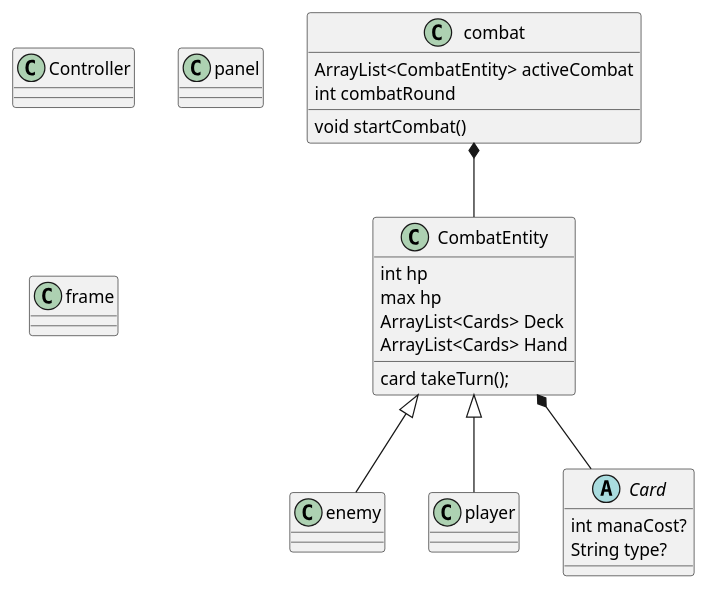
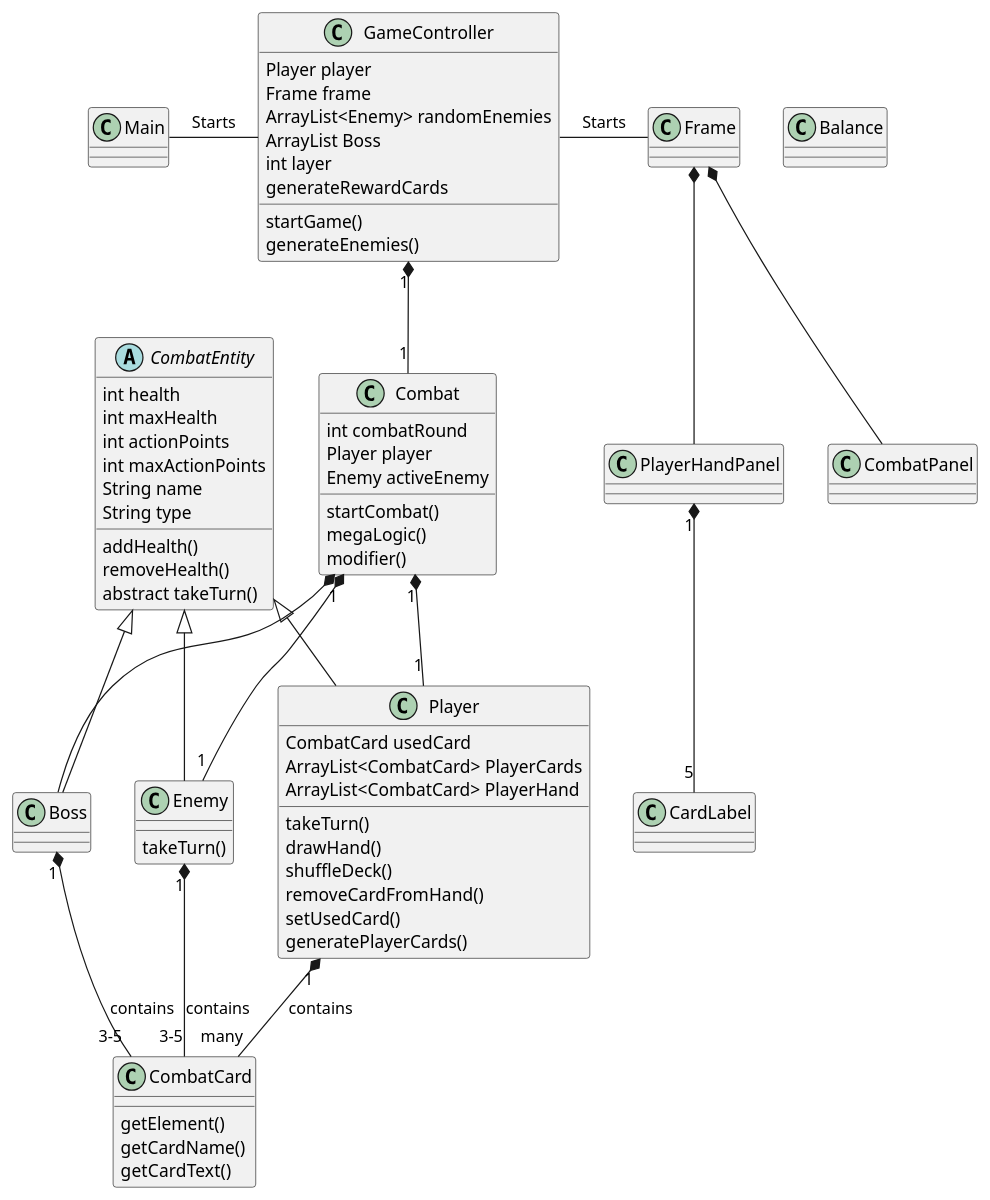
One commit to Mads725/SP4test-UML changed the diagram in src/ClassDiagram-v1.puml. Above: the diagram before and after it, drawn with PlantUML. The commit also changed 11 other files, not shown here.

Commit message:
Small fixes and elementType added

```diff
--- a/src/ClassDiagram-v1.puml
+++ b/src/ClassDiagram-v1.puml
@@ -1,54 +1,82 @@
 @startuml
 'https://plantuml.com/class-diagram
 
-class Controller
-class enemy
-class player
-class panel
-class frame
-class combat{
-ArrayList<CombatEntity> activeCombat
+class Main
+class GameController {
+Player player
+Frame frame
+ArrayList<Enemy> randomEnemies
+ArrayList Boss
+int layer
+startGame()
+generateEnemies()
+generateRewardCards
+}
+
+class Combat {
 int combatRound
+Player player
+Enemy activeEnemy
 
-void startCombat()
+startCombat()
+megaLogic()
+modifier()
+}
+abstract class CombatEntity {
+int health
+int maxHealth
+int actionPoints
+int maxActionPoints
+String name
+String type
+addHealth()
+removeHealth()
+abstract takeTurn()
+}
+class Player {
+CombatCard usedCard
+ArrayList<CombatCard> PlayerCards
+ArrayList<CombatCard> PlayerHand
+takeTurn()
+drawHand()
+shuffleDeck()
+removeCardFromHand()
+setUsedCard()
+generatePlayerCards()
+}
+class Enemy{
+takeTurn()
+}
+class Boss
+class CombatCard {
+getElement()
+getCardName()
+getCardText()
+}
+class Balance
+
+class Frame
+class CardLabel
+class CombatPanel
+class PlayerHandPanel
+
+Main - GameController : Starts
+GameController "1" *-- "1"Combat
+Combat "1" *-- "1" Player
+Combat "1" *-- "1" Enemy
+Combat *-- Boss
+CombatEntity <|-- Player
+CombatEntity <|-- Enemy
+CombatEntity <|-- Boss
+Player "1" *-- "many" CombatCard : contains
+Enemy "1" *-- "3-5" CombatCard : contains
+Boss "1" *-- "3-5" CombatCard : contains
 
 
-}
-
-combat *-- CombatEntity
-
-class CombatEntity {
-int hp
-max hp
-ArrayList<Cards> Deck
-ArrayList<Cards> Hand
-
-card takeTurn();
-
-
-}
-
-
-CombatEntity<|--enemy
-CombatEntity<|--player
-CombatEntity*--Card
-
-
-
-
-abstract class Card{
-int manaCost?
-String type?
-
-
-
-
-}
-
-
-
-
-
+GameController - Frame : Starts
+Frame *-- CombatPanel
+Frame *-- PlayerHandPanel
+PlayerHandPanel "1" *-- "5" CardLabel
 
 
 @enduml
```
